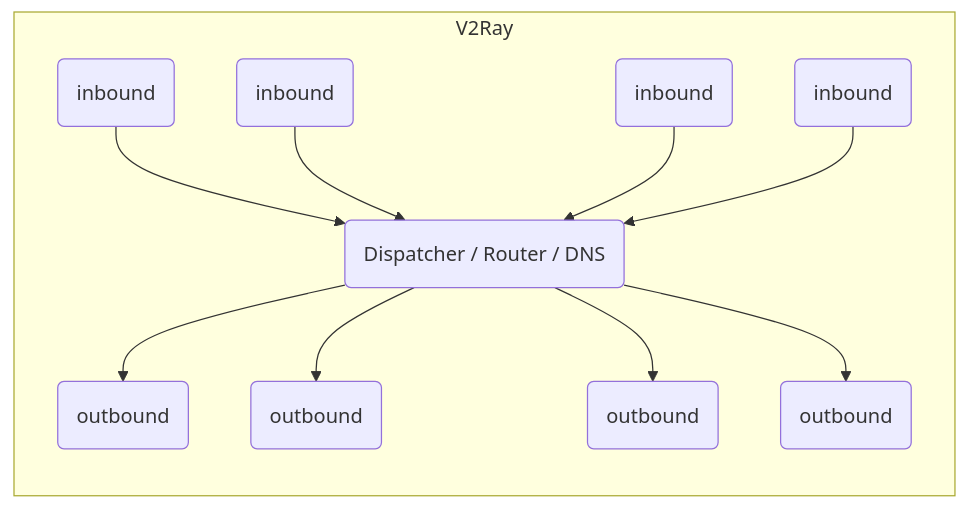
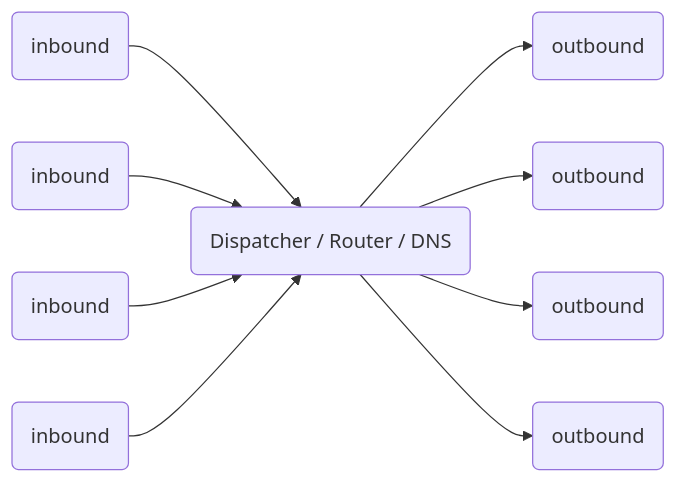
Before and after one commit to v2ray/manual: the third of 3 diagrams in zh_cn/chapter_00/workflow.md, drawn with Mermaid.

````diff
--- a/zh_cn/chapter_00/workflow.md
+++ b/zh_cn/chapter_00/workflow.md
@@ -41,13 +41,11 @@
 ```mermaid
 graph LR;
-subgraph V2Ray;
-  A1(inbound) --> D(Dispatcher / Router / DNS);
-  A2(inbound) --> D;
-  A3(inbound) --> D;
-  A4(inbound) --> D;
-  D --> B1(outbound);
-  D --> B2(outbound);
-  D --> B3(outbound);
-  D --> B4(outbound);
-end;
+A1(inbound) --> D(Dispatcher / Router / DNS);
+A2(inbound) --> D;
+A3(inbound) --> D;
+A4(inbound) --> D;
+D --> B1(outbound);
+D --> B2(outbound);
+D --> B3(outbound);
+D --> B4(outbound);
 ```
````
